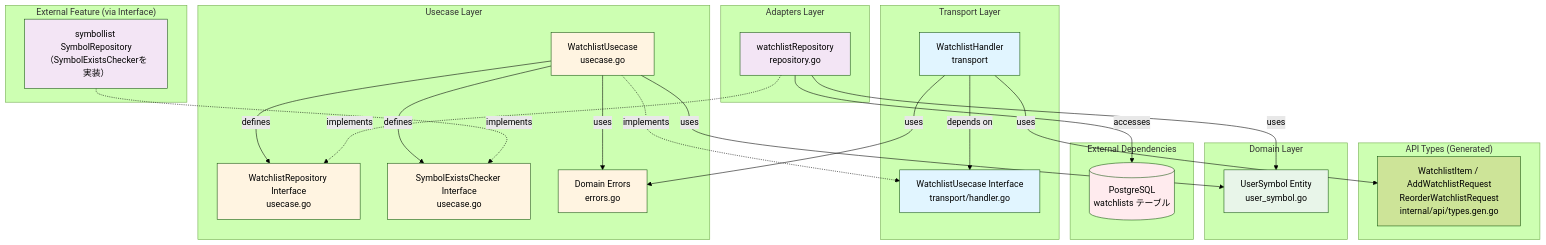
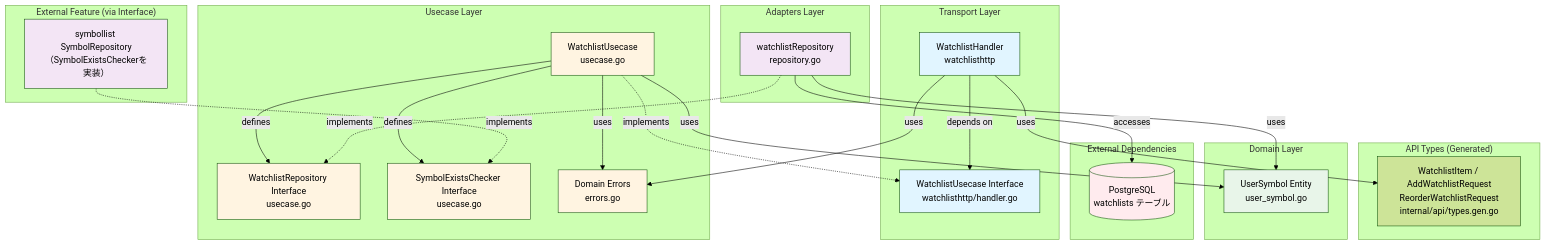
The fourth of 4 diagrams in internal/feature/watchlist/README.md (UCHIDAnobuhiro/stock_backend), drawn with Mermaid (forest theme) before and after one commit. The commit also changed other lines of this file and 9 other files, not shown here.

````diff
--- a/internal/feature/watchlist/README.md
+++ b/internal/feature/watchlist/README.md
@@ -195,58 +195,58 @@
 ```mermaid
 graph TB
     subgraph "Transport Layer"
-        Handler[WatchlistHandler<br/>transport]
-        UCInterface[WatchlistUsecase Interface<br/>transport/handler.go]
+        Handler[WatchlistHandler<br/>watchlisthttp]
+        UCInterface[WatchlistUsecase Interface<br/>watchlisthttp/handler.go]
     end
 
     subgraph "API Types (Generated)"
         APITypes[WatchlistItem / AddWatchlistRequest<br/>ReorderWatchlistRequest<br/>internal/api/types.gen.go]
     end
 
     subgraph "Usecase Layer"
         WatchlistUC[WatchlistUsecase<br/>usecase.go]
         RepoInterface[WatchlistRepository Interface<br/>usecase.go]
         SymbolInterface[SymbolExistsChecker Interface<br/>usecase.go]
         Errors[Domain Errors<br/>errors.go]
     end
 
     subgraph "Domain Layer"
         Entity[UserSymbol Entity<br/>user_symbol.go]
     end
 
     subgraph "Adapters Layer"
         RepoImpl[watchlistRepository<br/>repository.go]
     end
 
     subgraph "External Feature (via Interface)"
         SymbolChecker[symbollist SymbolRepository<br/>（SymbolExistsCheckerを実装）]
     end
 
     subgraph "External Dependencies"
         DB[(PostgreSQL<br/>watchlists テーブル)]
     end
 
     Handler -->|depends on| UCInterface
     Handler -->|uses| APITypes
     Handler -->|uses| Errors
     WatchlistUC -.->|implements| UCInterface
     WatchlistUC -->|defines| RepoInterface
     WatchlistUC -->|defines| SymbolInterface
     WatchlistUC -->|uses| Entity
     WatchlistUC -->|uses| Errors
     RepoImpl -.->|implements| RepoInterface
     RepoImpl -->|uses| Entity
     RepoImpl -->|accesses| DB
     SymbolChecker -.->|implements| SymbolInterface
 
     style Handler fill:#e1f5ff
     style UCInterface fill:#e1f5ff
     style WatchlistUC fill:#fff4e1
     style RepoInterface fill:#fff4e1
     style SymbolInterface fill:#fff4e1
     style Errors fill:#fff4e1
     style Entity fill:#e8f5e9
     style RepoImpl fill:#f3e5f5
     style DB fill:#ffebee
     style SymbolChecker fill:#f3e5f5
 ```
````
